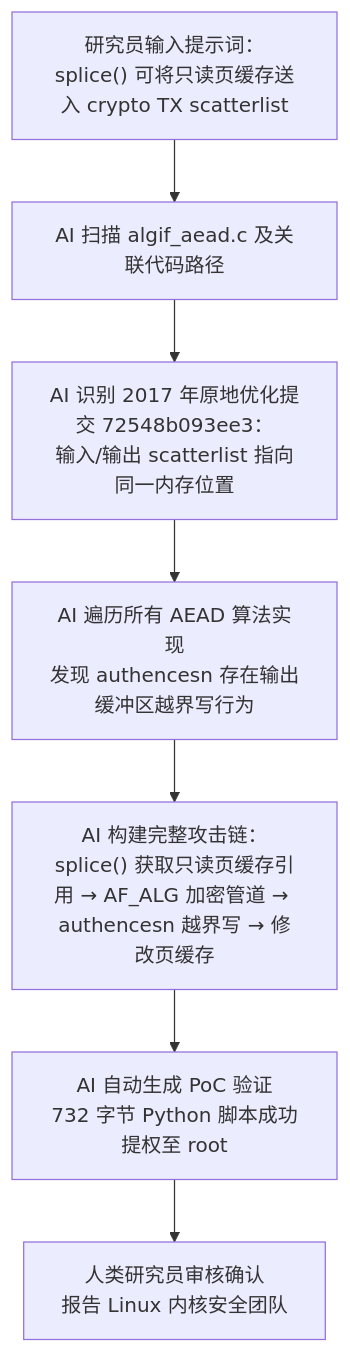
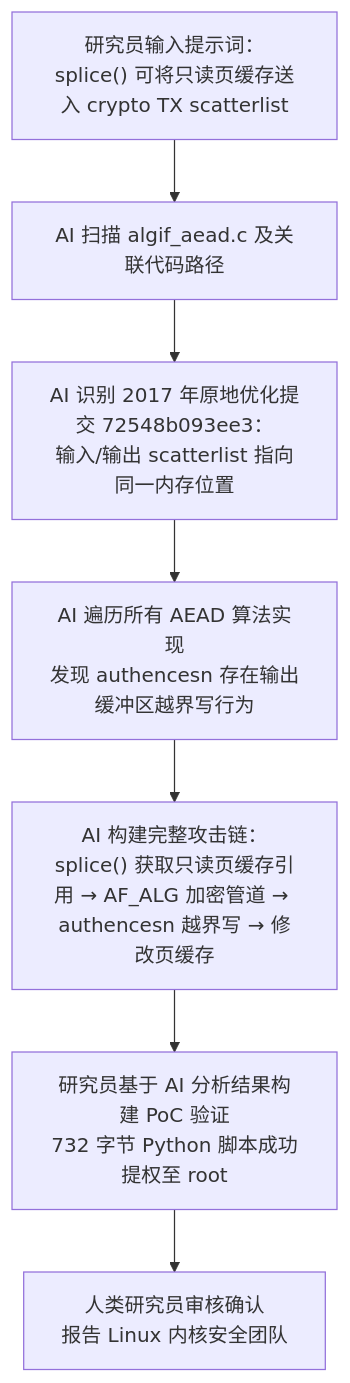
The diagram in stalux/posts/CVE-2026-31431-Linux-Copy-Fail史诗级提权漏洞.md (xingwangzhe/stalux), drawn with Mermaid before and after one commit. The commit also changed other lines of this file, not shown here.

````diff
--- a/stalux/posts/CVE-2026-31431-Linux-Copy-Fail史诗级提权漏洞.md
+++ b/stalux/posts/CVE-2026-31431-Linux-Copy-Fail史诗级提权漏洞.md
@@ -120,9 +120,9 @@
 ```mermaid
 graph TD
     A["研究员输入提示词：<br>splice() 可将只读页缓存送入 crypto TX scatterlist"] --> B["AI 扫描 algif_aead.c 及关联代码路径"]
     B --> C["AI 识别 2017 年原地优化提交 72548b093ee3：<br>输入/输出 scatterlist 指向同一内存位置"]
     C --> D["AI 遍历所有 AEAD 算法实现<br>发现 authencesn 存在输出缓冲区越界写行为"]
     D --> E["AI 构建完整攻击链：<br>splice() 获取只读页缓存引用 → AF_ALG 加密管道 → authencesn 越界写 → 修改页缓存"]
-    E --> F["AI 自动生成 PoC 验证<br>732 字节 Python 脚本成功提权至 root"]
+    E --> F["研究员基于 AI 分析结果构建 PoC 验证<br>732 字节 Python 脚本成功提权至 root"]
     F --> G["人类研究员审核确认<br>报告 Linux 内核安全团队"]
 ```
````
